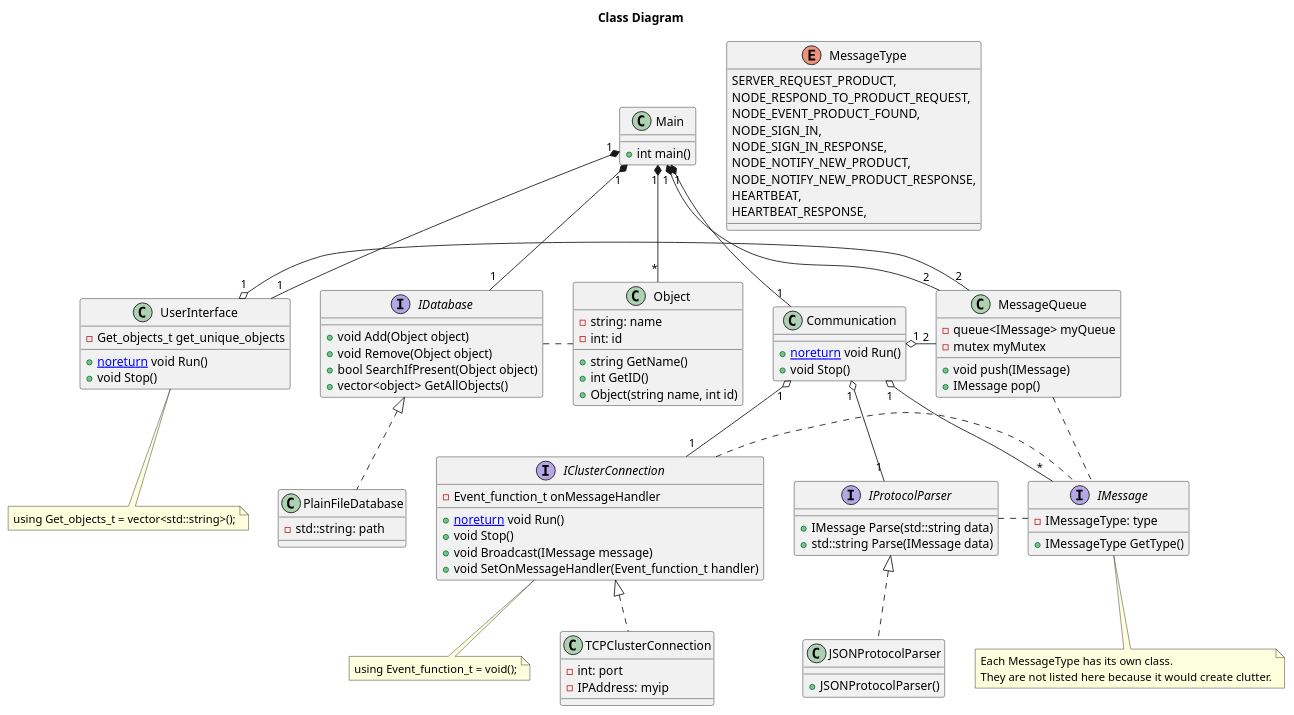
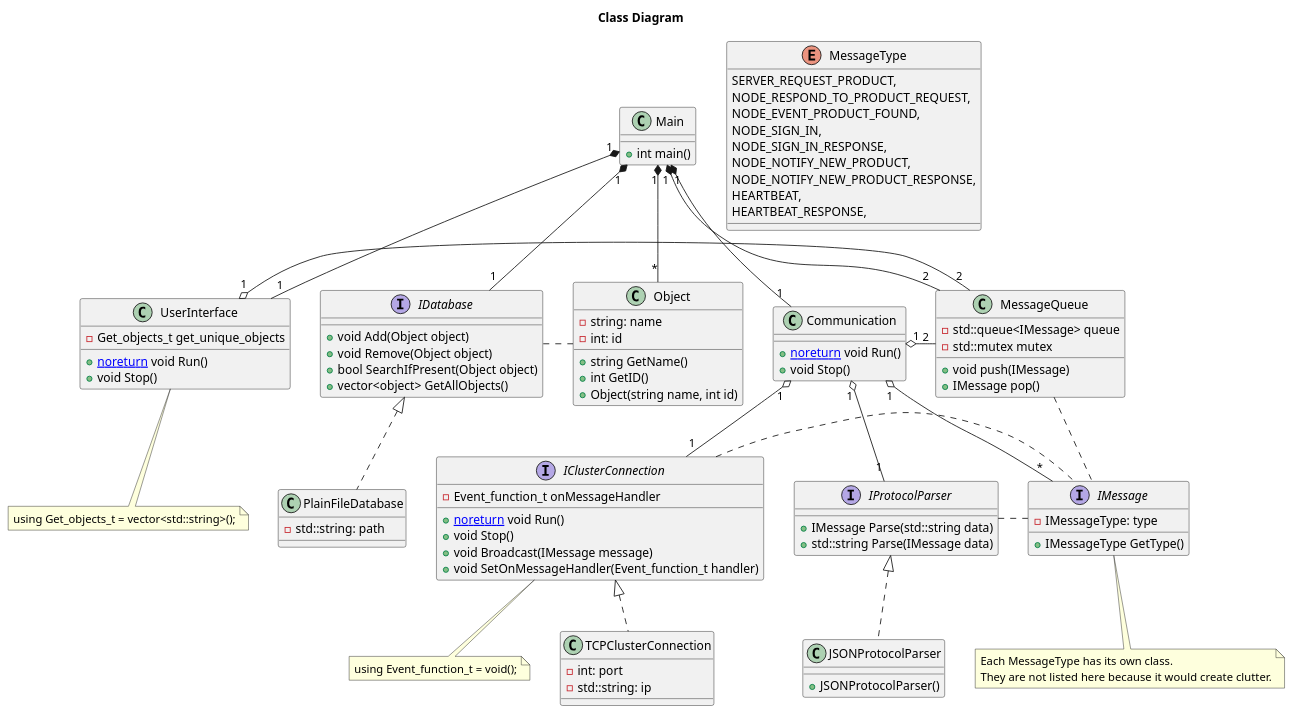
The diagram in Designs/Server Design/Design.wsd (T3-FindIt/FindIt), drawn with PlantUML before and after one commit.

Commit message:
Fixed naming

```diff
--- a/Designs/Server Design/Design.wsd
+++ b/Designs/Server Design/Design.wsd
@@ -1,136 +1,136 @@
 @startuml ClassDiagram
 Title Class Diagram
 
 Class Communication
 {
     {method} + [[noreturn]] void Run()
     {method} + void Stop()
 }
 
 ' using Event_function_t = void();
 interface IClusterConnection
 {
     {field} - Event_function_t onMessageHandler
     {method} + [[noreturn]] void Run()
     {method} + void Stop()
     {method} + void Broadcast(IMessage message)
-    ' {method} + void Send(IMessage message, IPAdress myip)
+    ' {method} + void Send(IMessage message, IPAdress ip)
     {method} + void SetOnMessageHandler(Event_function_t handler)
 }
 
 note bottom of IClusterConnection
 using Event_function_t = void();
 end note
 
 class TCPClusterConnection
 {
     {field} - int: port
-    {field} - IPAddress: myip
+    {field} - std::string: ip
 }
 
 interface IDatabase
 {
     {method} + void Add(Object object)
     {method} + void Remove(Object object)
     {method} + bool SearchIfPresent(Object object)
     {method} + vector<object> GetAllObjects()
 }
 
 Class PlainFileDatabase
 {
     {field} - std::string: path
 }
 
 Class Object
 {
     {field} - string: name
     {field} - int: id
     {method} + string GetName()
     {method} + int GetID()
     {method} + Object(string name, int id)
 }
 
 enum MessageType
 {
     SERVER_REQUEST_PRODUCT,
     NODE_RESPOND_TO_PRODUCT_REQUEST,
     NODE_EVENT_PRODUCT_FOUND,
     NODE_SIGN_IN,
     NODE_SIGN_IN_RESPONSE,
     NODE_NOTIFY_NEW_PRODUCT,
     NODE_NOTIFY_NEW_PRODUCT_RESPONSE,
     HEARTBEAT,
     HEARTBEAT_RESPONSE,
 }
 
 interface IMessage
 {
     {field} - IMessageType: type
     {method} + IMessageType GetType()
 }
 
 note bottom of IMessage
 Each MessageType has its own class.
 They are not listed here because it would create clutter.
 end note
 
 interface IProtocolParser
 {
     {method} + IMessage Parse(std::string data)
     {method} + std::string Parse(IMessage data)
 }
 
 Class JSONProtocolParser
 {
     {method} + JSONProtocolParser()
 }
 
 Class UserInterface
 {
     {field} - Get_objects_t get_unique_objects
     {method} + [[noreturn]] void Run()
     {method} + void Stop()
 }
 
 note bottom of UserInterface
 using Get_objects_t = vector<std::string>();
 end note
 
 Class Main
 {
     {method} + int main()
 }
 
 Class MessageQueue
 {
-    {field} - queue<IMessage> myQueue
-    {field} - mutex myMutex
+    {field} - std::queue<IMessage> queue
+    {field} - std::mutex mutex
     {method} + void push(IMessage)
     {method} + IMessage pop()
 }
 
 Main "1" *-- "1" UserInterface
 Main "1" *-- "*" Object
 Main "1" *-- "1" IDatabase
 Main "1" *-- "1" Communication
 Main "1" *-- "2" MessageQueue
 
 Communication "1" o-- "*" IMessage
 Communication "1" o-- "1" IProtocolParser
 Communication "1" o-- "1" IClusterConnection
 
 IProtocolParser <|.. JSONProtocolParser
 IProtocolParser . IMessage
 
 IClusterConnection <|.. TCPClusterConnection
 IClusterConnection . IMessage
 
 IDatabase . Object
 IDatabase <|.. PlainFileDatabase
 
 MessageQueue . IMessage
 
 UserInterface "1" o- "2" MessageQueue
 Communication "1" o- "2" MessageQueue
 
 @enduml
```
